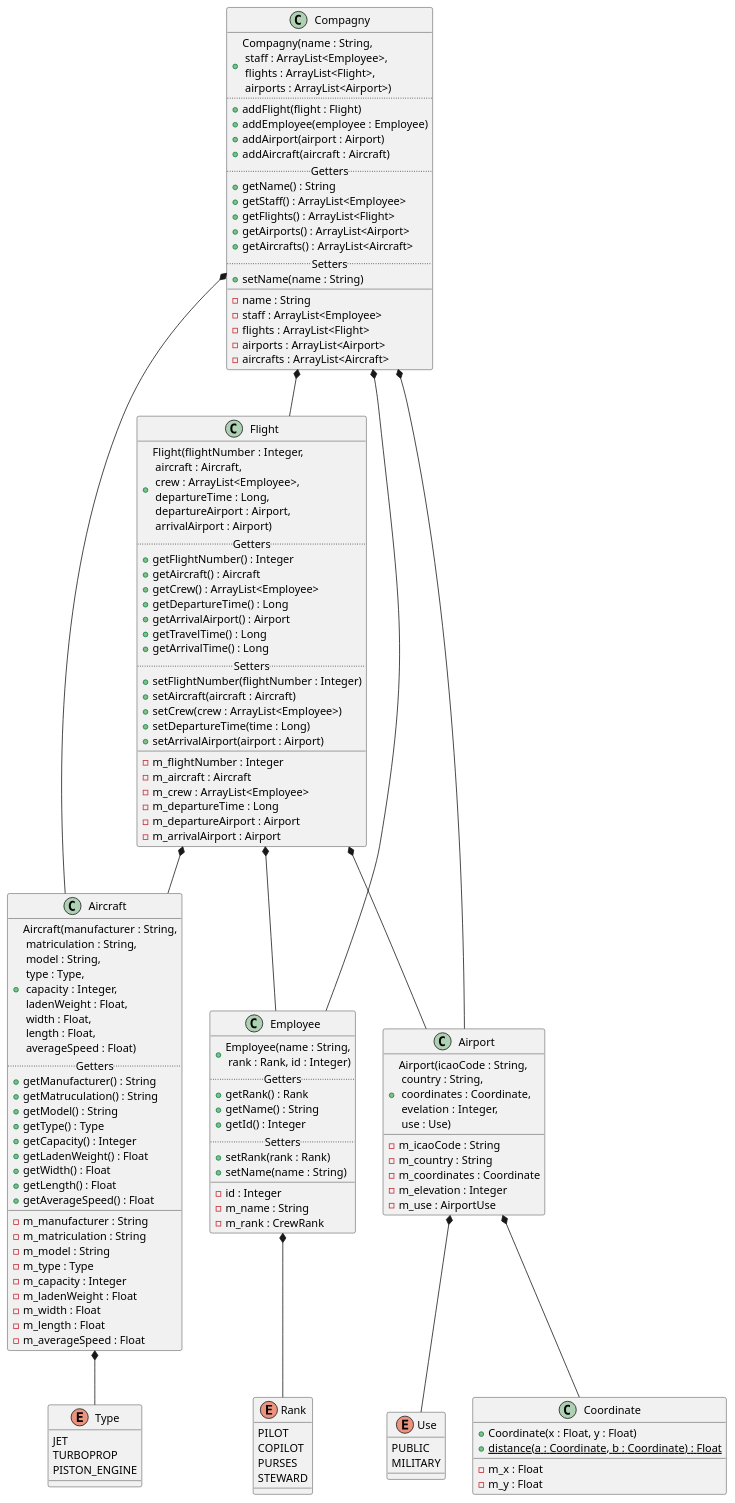
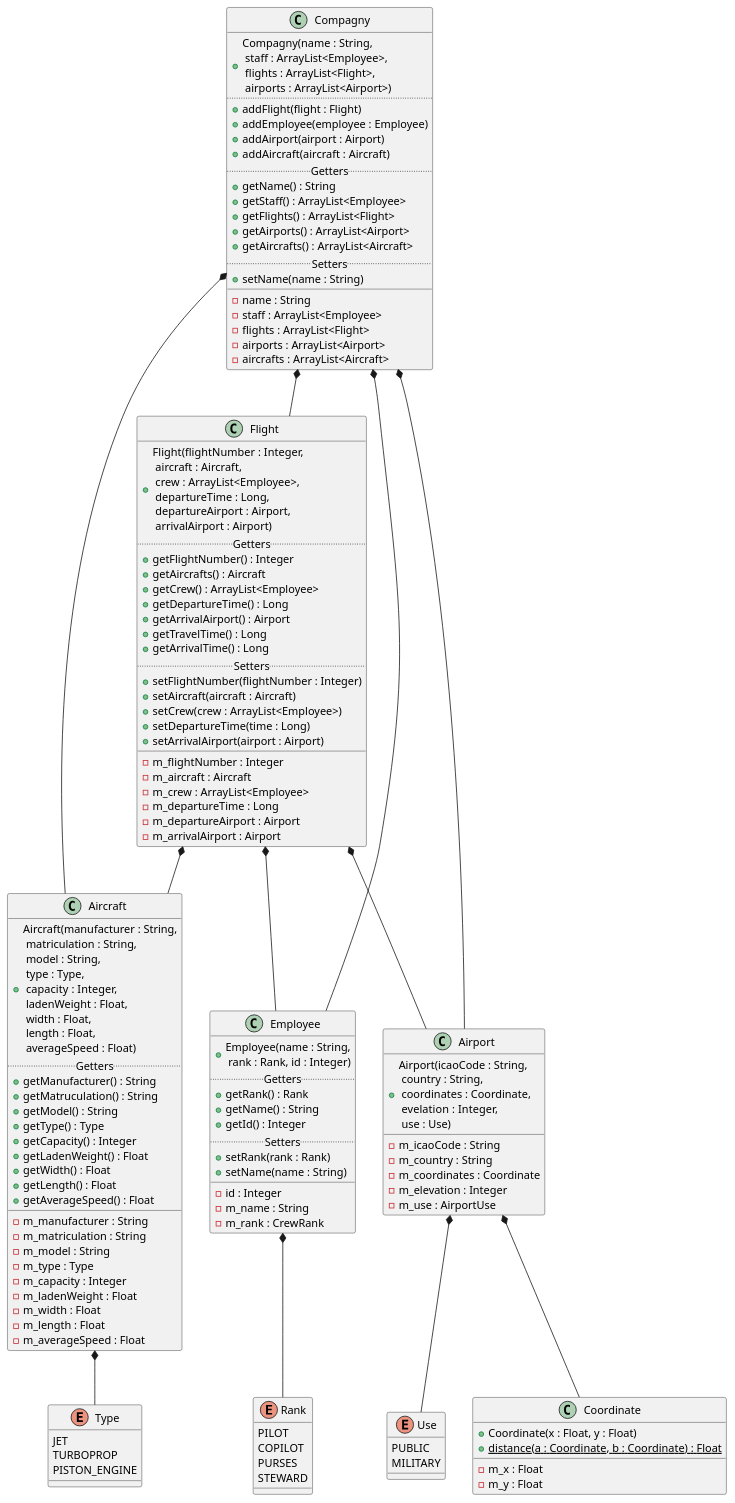
One commit to HaldiH/Data-Structures changed the second of 2 diagrams in TP1/README.md. Above: the diagram before and after it, drawn with PlantUML. The commit also changed 3 other files, not shown here.

```diff
--- a/TP1/README.md
+++ b/TP1/README.md
@@ -181,7 +181,7 @@
     + Flight(flightNumber : Integer,\n aircraft : Aircraft,\n crew : ArrayList<Employee>,\n departureTime : Long,\n departureAirport : Airport,\n arrivalAirport : Airport)
     .. Getters ..
     + getFlightNumber() : Integer
-    + getAircraft() : Aircraft
+    + getAircrafts() : Aircraft
     + getCrew() : ArrayList<Employee>
     + getDepartureTime() : Long
     + getArrivalAirport() : Airport
```
